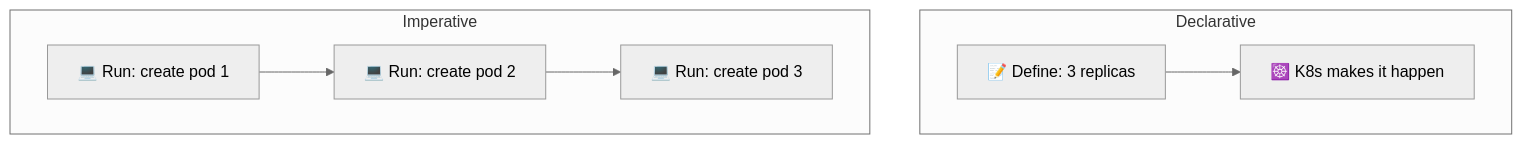
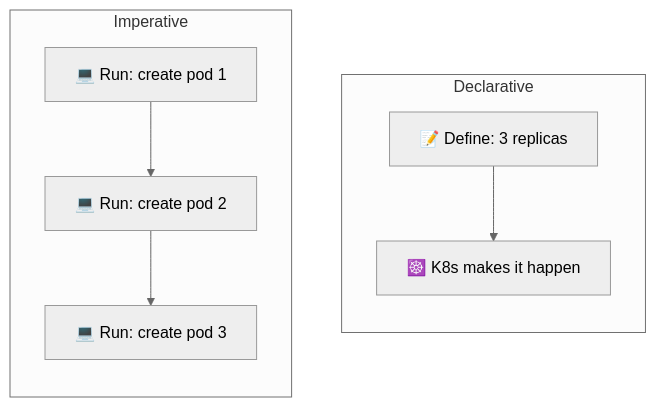
One commit to inno-devops-labs/DevOps-Core-Course changed the sixth of 17 diagrams in lectures/lec9.md. Above: the diagram before and after it, drawn with Mermaid (neutral theme). The commit also changed other lines of this file and 14 other files, not shown here.

First line of the commit message:
Merge pull request #3565 from LocalT0aster/fix-flowcharts

````diff
--- a/lectures/lec9.md
+++ b/lectures/lec9.md
@@ -185,14 +185,16 @@
 ```mermaid
 flowchart TD
   subgraph Declarative
+    direction TD
     D1[📝 Define: 3 replicas]
     D2[☸️ K8s makes it happen]
     D1 --> D2
   end
   subgraph Imperative
+    direction TD
     I1[💻 Run: create pod 1]
     I2[💻 Run: create pod 2]
     I3[💻 Run: create pod 3]
     I1 --> I2 --> I3
   end
 ```
````
